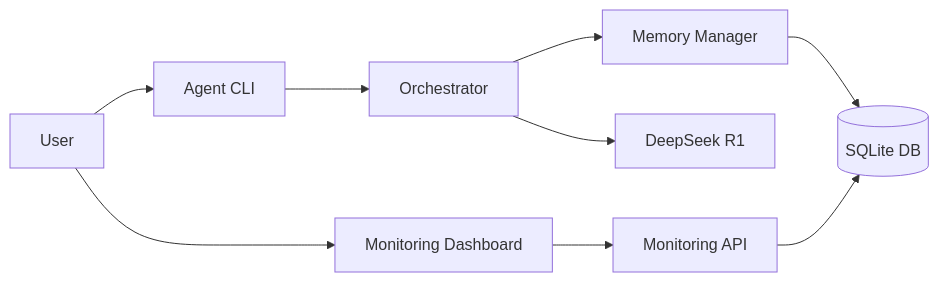
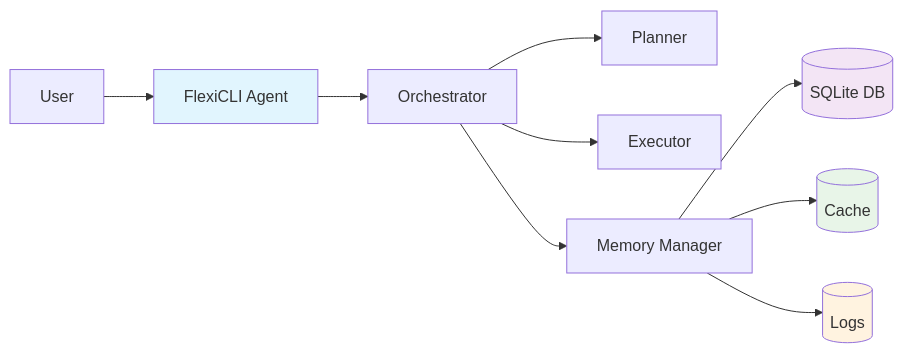
One commit to uni-mike/Gemini-CLI-UNI changed the first of 2 diagrams in README.md. Above: the diagram before and after it, drawn with Mermaid. The commit also changed other lines of this file and 11 other files, not shown here.

````diff
--- a/README.md
+++ b/README.md
@@ -11,11 +11,16 @@
 ```mermaid
 graph LR
-    U[User] --> A[Agent CLI]
-    U --> M[Monitoring Dashboard]
-    A --> O[Orchestrator]
+    U[User] --> CLI[FlexiCLI Agent]
+    CLI --> O[Orchestrator]
+    O --> P[Planner]
+    O --> E[Executor]
     O --> MM[Memory Manager]
-    O --> DS[DeepSeek R1]
     MM --> DB[(SQLite DB)]
-    M --> API[Monitoring API]
-    API --> DB
+    MM --> Cache[(Cache)]
+    MM --> Logs[(Logs)]
+
+    style CLI fill:#e1f5fe
+    style DB fill:#f3e5f5
+    style Cache fill:#e8f5e8
+    style Logs fill:#fff3e0
 ```
````
